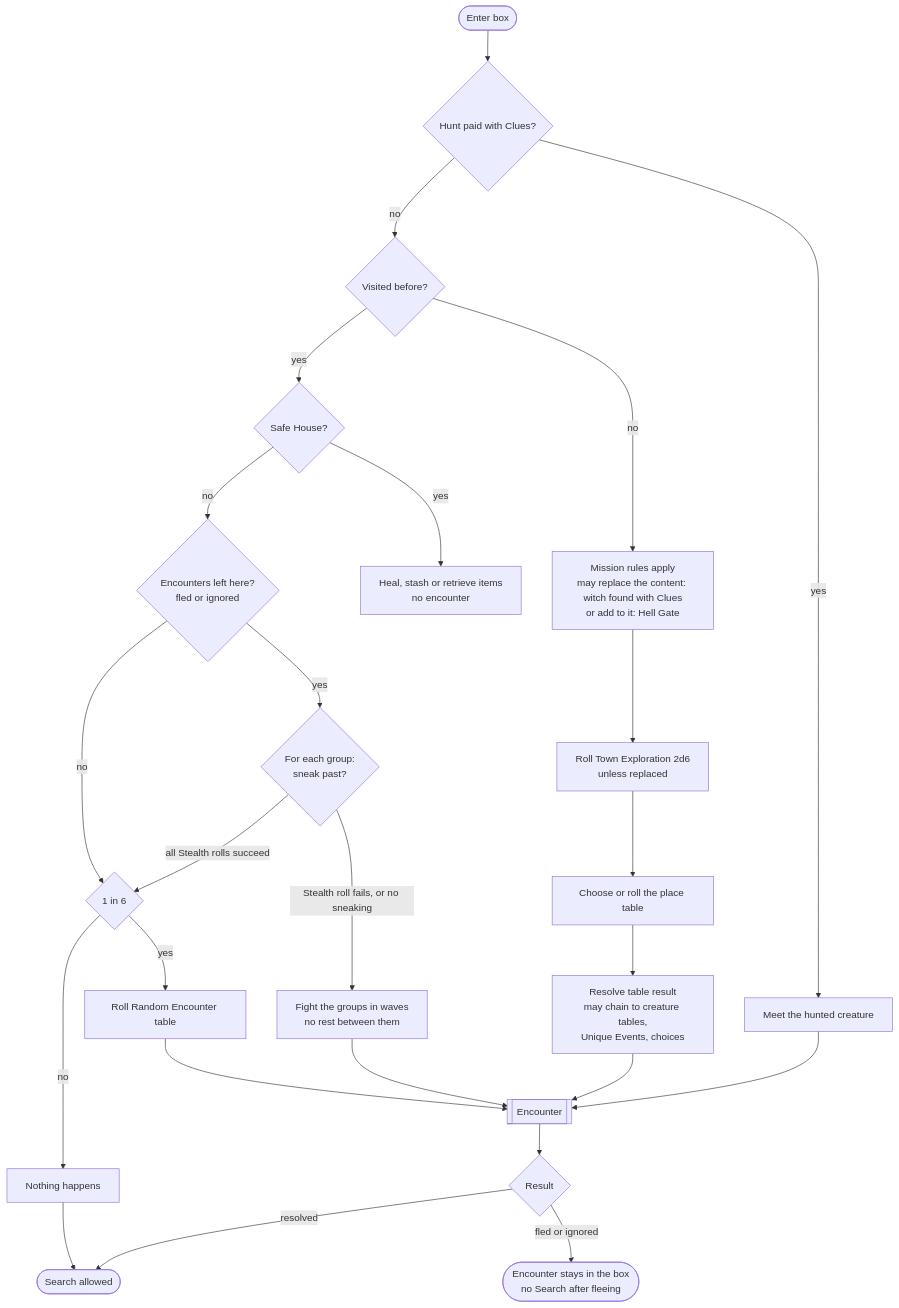
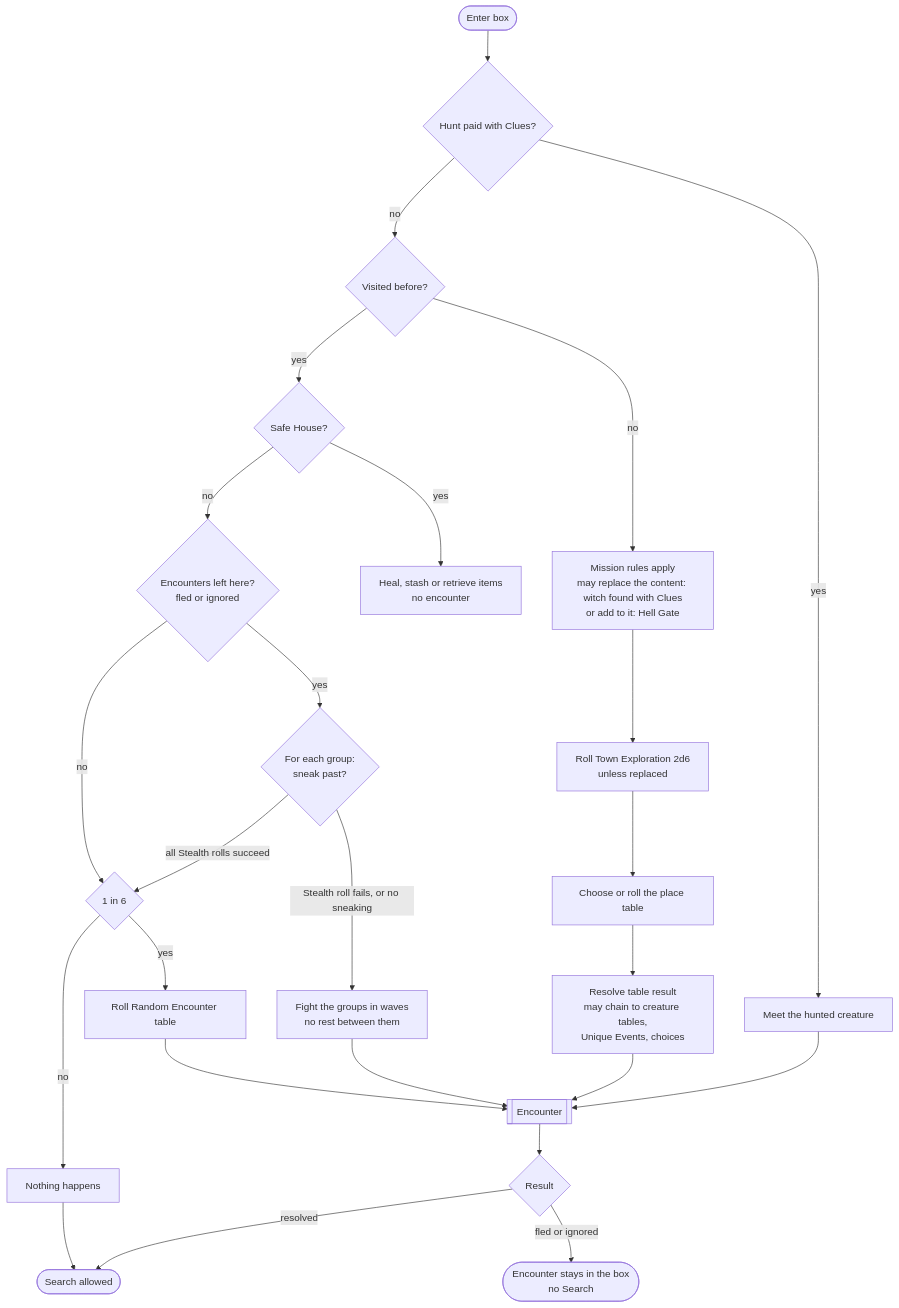
One commit to NathanChalot/AloneVsFEear changed the third of 3 diagrams in design/game-flow.md. Above: the diagram before and after it, drawn with Mermaid. The commit also changed other lines of this file and 7 other files, not shown here.

````diff
--- a/design/game-flow.md
+++ b/design/game-flow.md
@@ -58,30 +58,30 @@
 ```mermaid
 flowchart TD
     enter([Enter box]) --> hunt{Hunt paid with Clues?}
     hunt -- yes --> hunted[Meet the hunted creature]
     hunt -- no --> visited{Visited before?}
     hunted --> encounter
 
     visited -- no --> mission[Mission rules apply<br/>may replace the content: witch found with Clues<br/>or add to it: Hell Gate]
     mission --> explore[Roll Town Exploration 2d6<br/>unless replaced]
     explore --> place[Choose or roll the place table]
     place --> outcome[Resolve table result<br/>may chain to creature tables,<br/>Unique Events, choices]
 
     visited -- yes --> safe{Safe House?}
     safe -- yes --> heal[Heal, stash or retrieve items<br/>no encounter]
     safe -- no --> remaining{Encounters left here?<br/>fled or ignored}
     remaining -- yes --> sneak{For each group:<br/>sneak past?}
     sneak -- "Stealth roll fails, or no sneaking" --> waves[Fight the groups in waves<br/>no rest between them]
     sneak -- all Stealth rolls succeed --> wander
     remaining -- no --> wander{1 in 6}
     wander -- yes --> random[Roll Random Encounter table]
     wander -- no --> nothing[Nothing happens]
 
     outcome --> encounter[[Encounter]]
     waves --> encounter
     random --> encounter
     encounter --> result{Result}
     result -- resolved --> canSearch([Search allowed])
-    result -- "fled or ignored" --> stays([Encounter stays in the box<br/>no Search after fleeing])
+    result -- "fled or ignored" --> stays([Encounter stays in the box<br/>no Search])
     nothing --> canSearch
 ```
````
